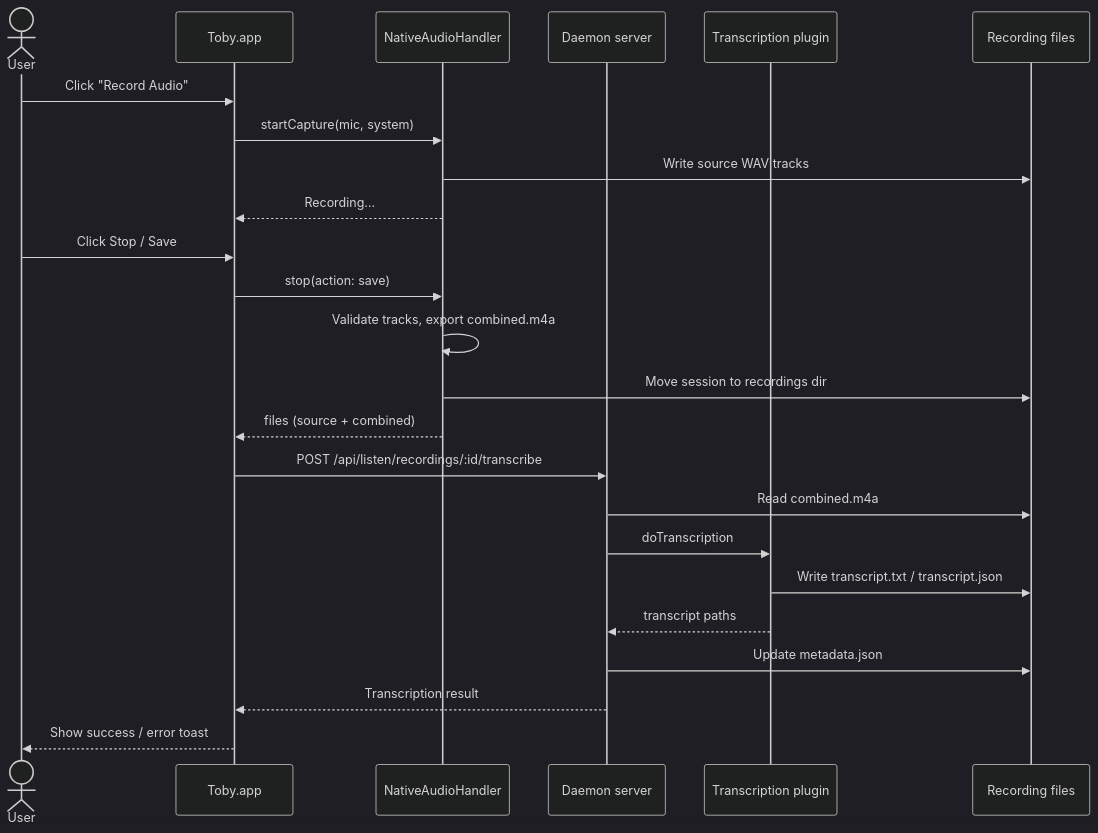
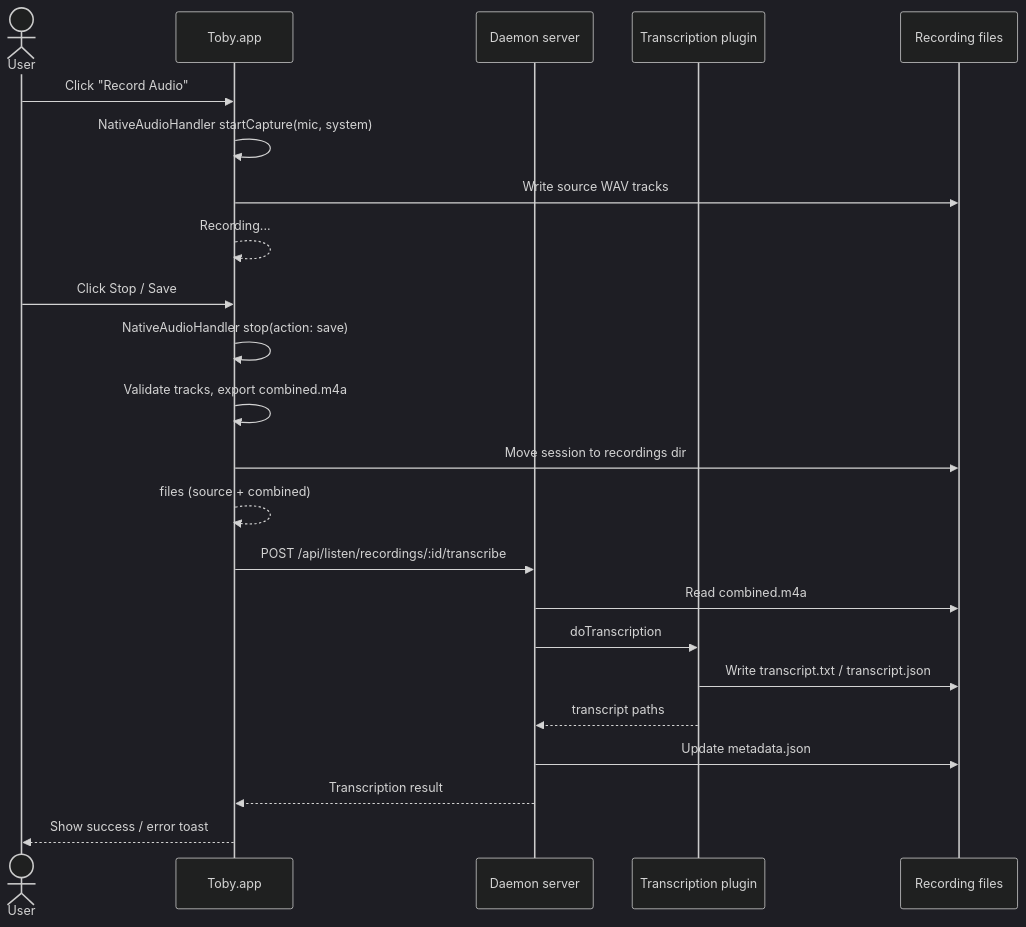
One commit to kshehadeh/toby changed the first of 2 diagrams in docs/listen.md. Above: the diagram before and after it, drawn with Mermaid (dark theme). The commit also changed other lines of this file and 9 other files, not shown here.

````diff
--- a/docs/listen.md
+++ b/docs/listen.md
@@ -122,29 +121,28 @@
 ```mermaid
 sequenceDiagram
     actor User
     participant App as Toby.app
-    participant Handler as NativeAudioHandler
     participant Daemon as Daemon server
     participant Plugin as Transcription plugin
     participant Files as Recording files
 
     User->>App: Click "Record Audio"
-    App->>Handler: startCapture(mic, system)
-    Handler->>Files: Write source WAV tracks
-    Handler-->>App: Recording...
+    App->>App: NativeAudioHandler startCapture(mic, system)
+    App->>Files: Write source WAV tracks
+    App-->>App: Recording...
 
     User->>App: Click Stop / Save
-    App->>Handler: stop(action: save)
-    Handler->>Handler: Validate tracks, export combined.m4a
-    Handler->>Files: Move session to recordings dir
-    Handler-->>App: files (source + combined)
+    App->>App: NativeAudioHandler stop(action: save)
+    App->>App: Validate tracks, export combined.m4a
+    App->>Files: Move session to recordings dir
+    App-->>App: files (source + combined)
 
     App->>Daemon: POST /api/listen/recordings/:id/transcribe
     Daemon->>Files: Read combined.m4a
     Daemon->>Plugin: doTranscription
     Plugin->>Files: Write transcript.txt / transcript.json
     Plugin-->>Daemon: transcript paths
     Daemon->>Files: Update metadata.json
     Daemon-->>App: Transcription result
     App-->>User: Show success / error toast
 ```
````
